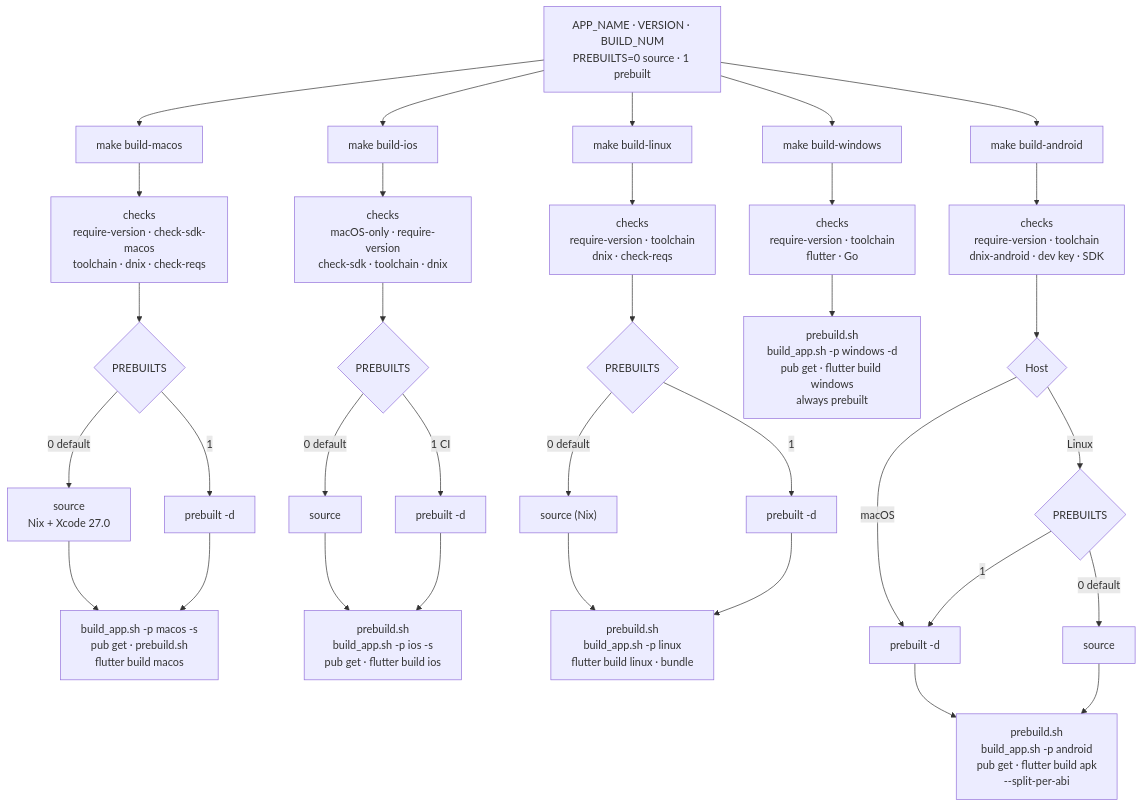
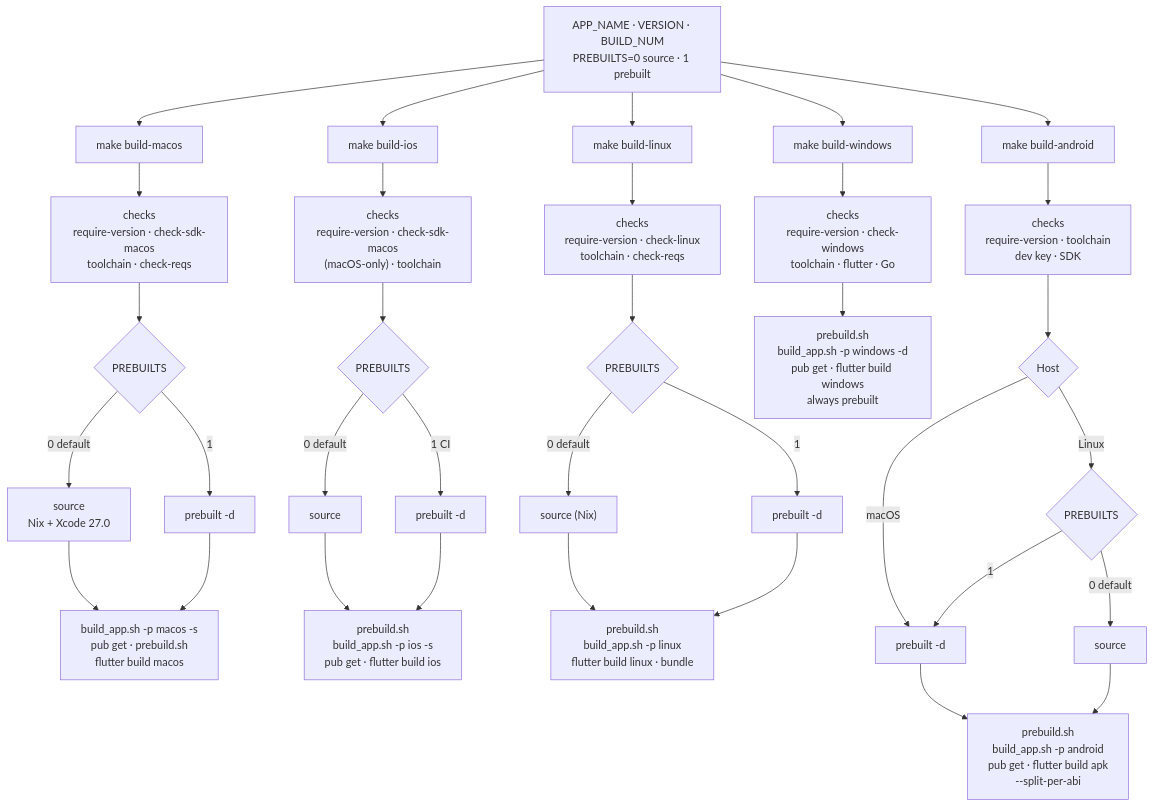
The second of 2 diagrams in docs/building/make-flow.md (cypherstack/stack_wallet), drawn with Mermaid before and after one commit. The commit also changed other lines of this file and 2 other files, not shown here.

First line of the commit message:
docs: clarify toolchain and CI details

````diff
--- a/docs/building/make-flow.md
+++ b/docs/building/make-flow.md
@@ -58,42 +58,42 @@
 ```mermaid
 flowchart TD
     O["APP_NAME · VERSION · BUILD_NUM<br/>PREBUILTS=0 source · 1 prebuilt"]
     O --> MAC["make build-macos"]
     O --> IOS["make build-ios"]
     O --> LINUX["make build-linux"]
     O --> WIN["make build-windows"]
     O --> AND["make build-android"]
 
-    MAC --> MC["checks<br/>require-version · check-sdk-macos<br/>toolchain · dnix · check-reqs"]
+    MAC --> MC["checks<br/>require-version · check-sdk-macos<br/>toolchain · check-reqs"]
     MC --> MP{"PREBUILTS"}
     MP -- "0 default" --> MS["source<br/>Nix + Xcode 27.0"]
     MP -- "1" --> MB["prebuilt -d"]
     MS --> MR["build_app.sh -p macos -s<br/>pub get · prebuild.sh<br/>flutter build macos"]
     MB --> MR
 
-    IOS --> IC["checks<br/>macOS-only · require-version<br/>check-sdk · toolchain · dnix"]
+    IOS --> IC["checks<br/>require-version · check-sdk-macos<br/>(macOS-only) · toolchain"]
     IC --> IP{"PREBUILTS"}
     IP -- "0 default" --> IS["source"]
     IP -- "1 CI" --> IB["prebuilt -d"]
     IS --> IR["prebuild.sh<br/>build_app.sh -p ios -s<br/>pub get · flutter build ios"]
     IB --> IR
 
-    LINUX --> LC["checks<br/>require-version · toolchain<br/>dnix · check-reqs"]
+    LINUX --> LC["checks<br/>require-version · check-linux<br/>toolchain · check-reqs"]
     LC --> LP{"PREBUILTS"}
     LP -- "0 default" --> LS["source (Nix)"]
     LP -- "1" --> LB["prebuilt -d"]
     LS --> LR["prebuild.sh<br/>build_app.sh -p linux<br/>flutter build linux · bundle"]
     LB --> LR
 
-    WIN --> WC["checks<br/>require-version · toolchain<br/>flutter · Go"]
+    WIN --> WC["checks<br/>require-version · check-windows<br/>toolchain · flutter · Go"]
     WC --> WR["prebuild.sh<br/>build_app.sh -p windows -d<br/>pub get · flutter build windows<br/>always prebuilt"]
 
-    AND --> AC["checks<br/>require-version · toolchain<br/>dnix-android · dev key · SDK"]
+    AND --> AC["checks<br/>require-version · toolchain<br/>dev key · SDK"]
     AC --> AH{"Host"}
     AH -- macOS --> AB["prebuilt -d"]
     AH -- Linux --> AP{"PREBUILTS"}
     AP -- "0 default" --> AS["source"]
     AP -- "1" --> AB
     AB --> AR["prebuild.sh<br/>build_app.sh -p android<br/>pub get · flutter build apk<br/>--split-per-abi"]
     AS --> AR
 ```
````
